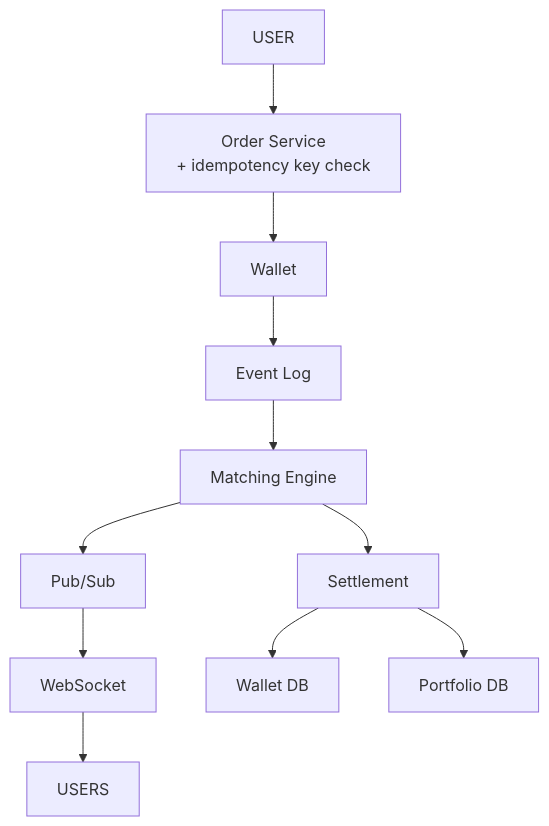
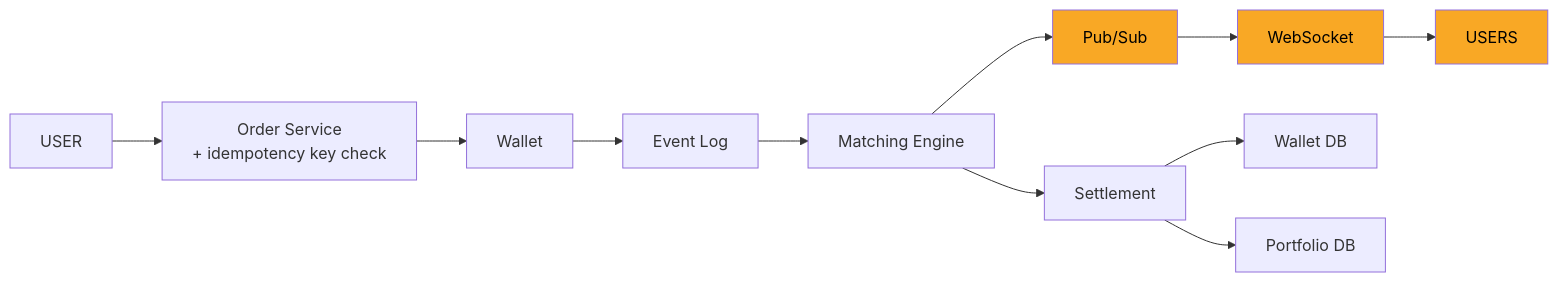
The ninth of 10 diagrams in 04_HLD/SYSTEM_DESIGNS/05_stock_broker_trading/05_stock_broker_trading.md (ArpanMaheshwari144/Prep), drawn with Mermaid before and after one commit. The commit also changed other lines of this file, not shown here.

Commit message:
stock: diagrams left to right, new box highlighted

````diff
--- a/04_HLD/SYSTEM_DESIGNS/05_stock_broker_trading/05_stock_broker_trading.md
+++ b/04_HLD/SYSTEM_DESIGNS/05_stock_broker_trading/05_stock_broker_trading.md
@@ -371,24 +380,27 @@
 ```mermaid
-flowchart TD
+flowchart LR
     n_USER["USER"]
     n_Order_Service["Order Service<br/>+ idempotency key check"]
     n_Wallet["Wallet"]
     n_Event_Log["Event Log"]
     n_Matching_Engine["Matching Engine"]
     n_Pub_Sub["Pub/Sub"]
     n_WebSocket["WebSocket"]
     n_USERS["USERS"]
     n_Settlement["Settlement"]
     n_Wallet_DB["Wallet DB"]
     n_Portfolio_DB["Portfolio DB"]
     n_USER --> n_Order_Service
     n_Order_Service --> n_Wallet
     n_Wallet --> n_Event_Log
     n_Event_Log --> n_Matching_Engine
     n_Matching_Engine --> n_Settlement
     n_Settlement --> n_Wallet_DB
     n_Settlement --> n_Portfolio_DB
     n_Matching_Engine --> n_Pub_Sub
     n_Pub_Sub --> n_WebSocket
     n_WebSocket --> n_USERS
+    style n_Pub_Sub fill:#f9a825,color:#000
+    style n_WebSocket fill:#f9a825,color:#000
+    style n_USERS fill:#f9a825,color:#000
 ```
````
